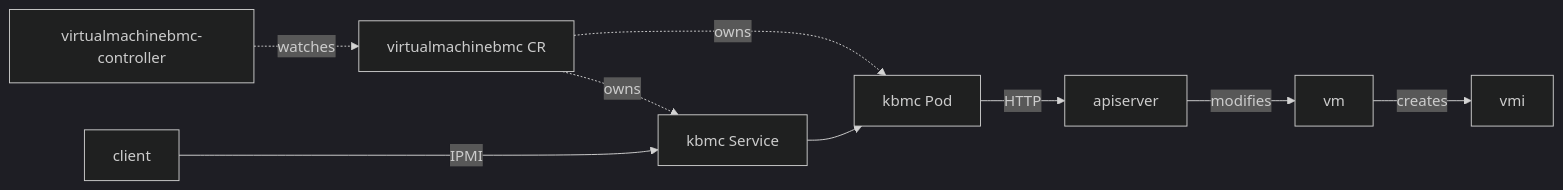
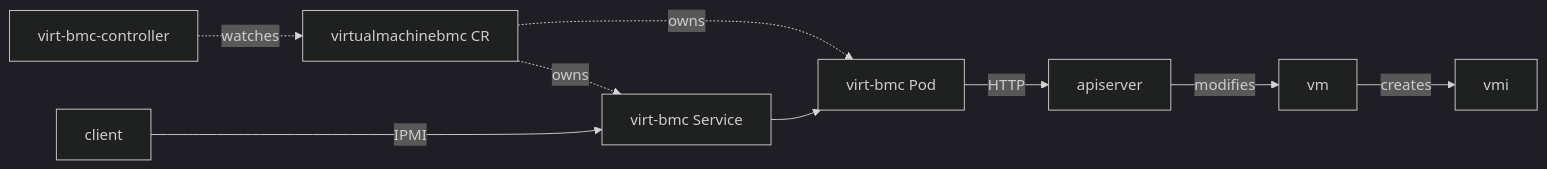
Before and after one commit to starbops/kubevirtbmc: the second of 2 diagrams in README.md, drawn with Mermaid (dark theme). The commit also changed other lines of this file and 37 other files, not shown here.

````diff
--- a/README.md
+++ b/README.md
@@ -44,15 +44,15 @@
 ```mermaid
 flowchart LR
-    controller["virtualmachinebmc-controller"]
+    controller["virt-bmc-controller"]
     cr["virtualmachinebmc CR"]
-    kbmc-pod["kbmc Pod"]
-    kbmc-svc["kbmc Service"]
+    virt-bmc-pod["virt-bmc Pod"]
+    virt-bmc-svc["virt-bmc Service"]
     controller-.->|watches|cr
-    cr-.->|owns|kbmc-svc
-    cr-.->|owns|kbmc-pod
-    client--->|IPMI|kbmc-svc
-    kbmc-svc-->kbmc-pod
-    kbmc-pod-->|HTTP|apiserver
+    cr-.->|owns|virt-bmc-svc
+    cr-.->|owns|virt-bmc-pod
+    client--->|IPMI|virt-bmc-svc
+    virt-bmc-svc-->virt-bmc-pod
+    virt-bmc-pod-->|HTTP|apiserver
     apiserver-->|modifies|vm
     vm-->|creates|vmi
 ```
````
